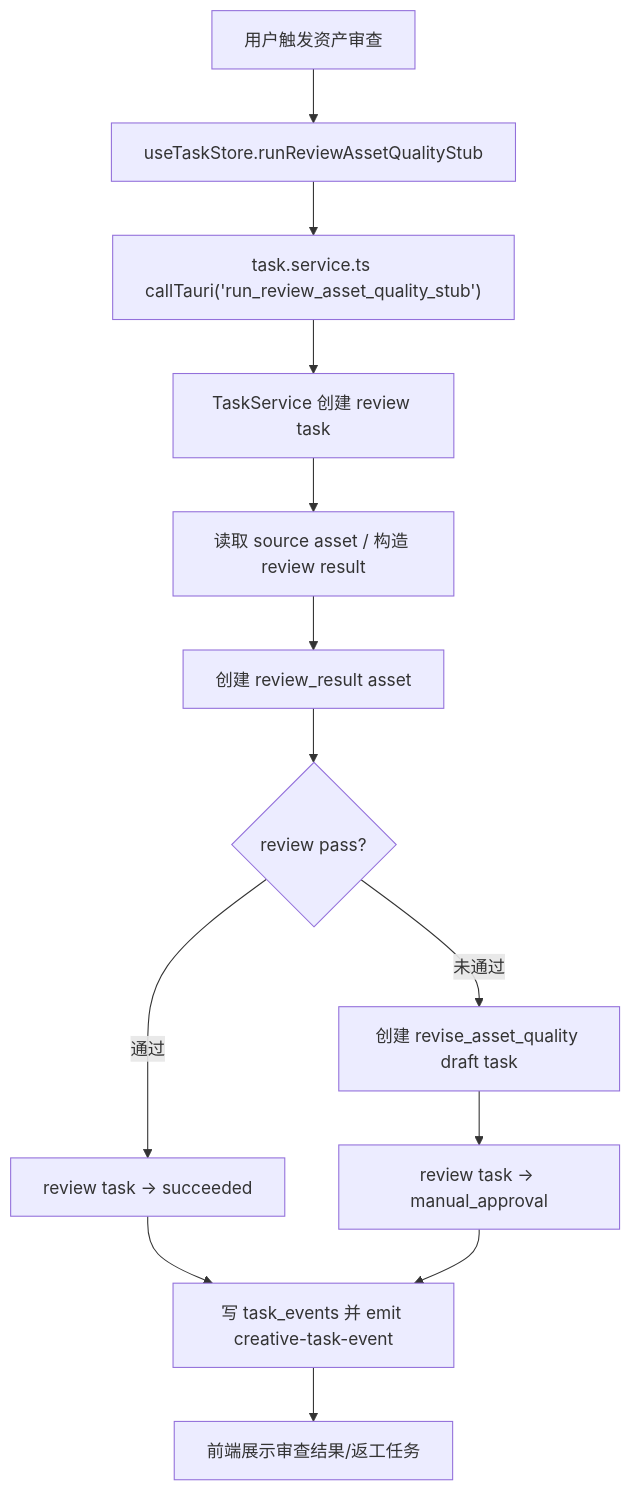
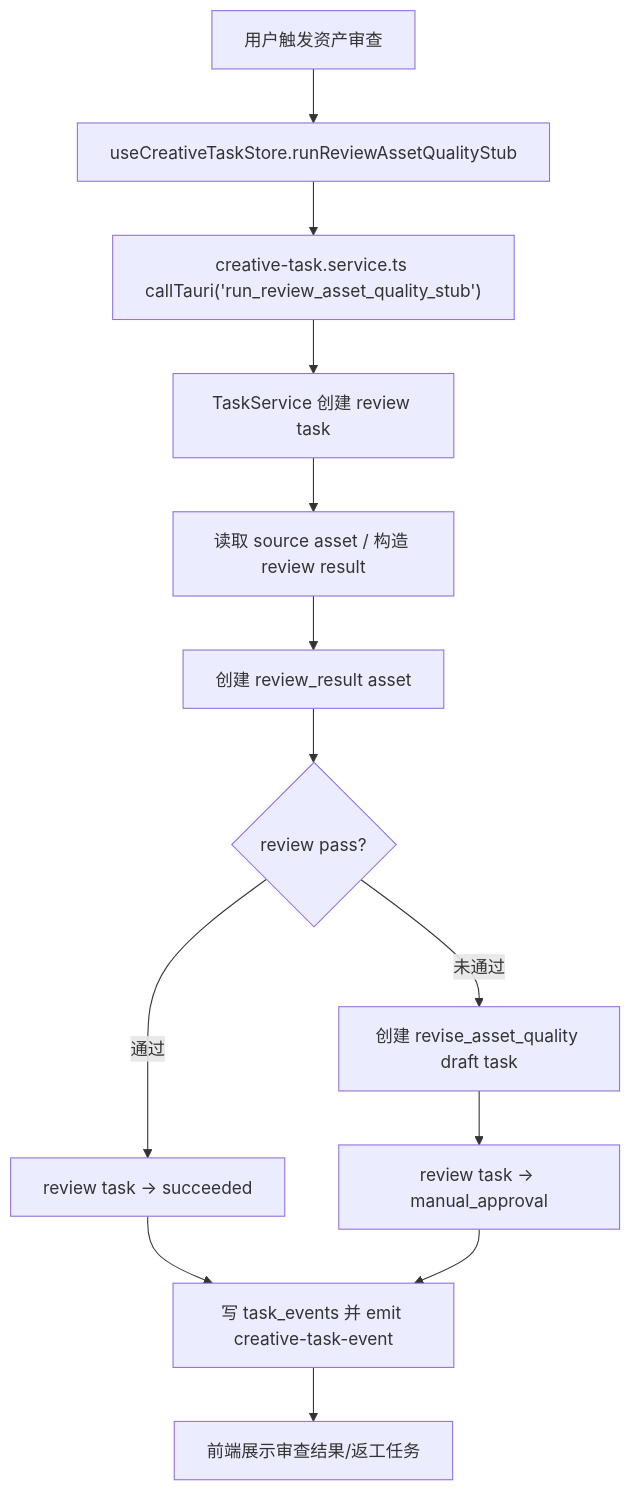
One commit to MonsterXiong/monster-workbench changed the eighth of 11 diagrams in docs/architecture-current-state.md. Above: the diagram before and after it, drawn with Mermaid. The commit also changed other lines of this file and 1 other file, not shown here.

````diff
--- a/docs/architecture-current-state.md
+++ b/docs/architecture-current-state.md
@@ -806,15 +822,15 @@
 ```mermaid
 flowchart TD
-  A["用户触发资产审查"] --> B["useTaskStore.runReviewAssetQualityStub"]
-  B --> C["task.service.ts callTauri('run_review_asset_quality_stub')"]
+  A["用户触发资产审查"] --> B["useCreativeTaskStore.runReviewAssetQualityStub"]
+  B --> C["creative-task.service.ts callTauri('run_review_asset_quality_stub')"]
   C --> D["TaskService 创建 review task"]
   D --> E["读取 source asset / 构造 review result"]
   E --> F["创建 review_result asset"]
   F --> G{"review pass?"}
   G -->|通过| H["review task -> succeeded"]
   G -->|未通过| I["创建 revise_asset_quality draft task"]
   I --> J["review task -> manual_approval"]
   H --> K["写 task_events 并 emit creative-task-event"]
   J --> K
   K --> L["前端展示审查结果/返工任务"]
 ```
````
